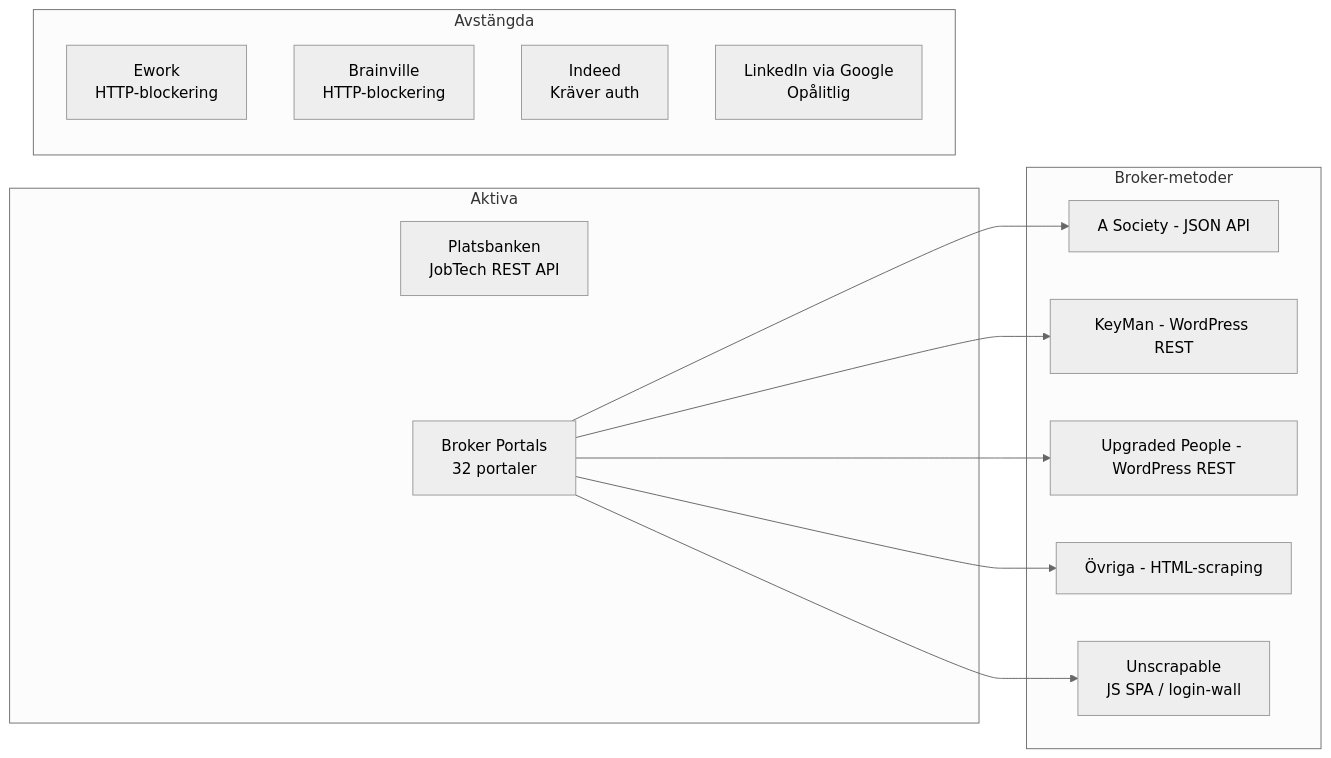
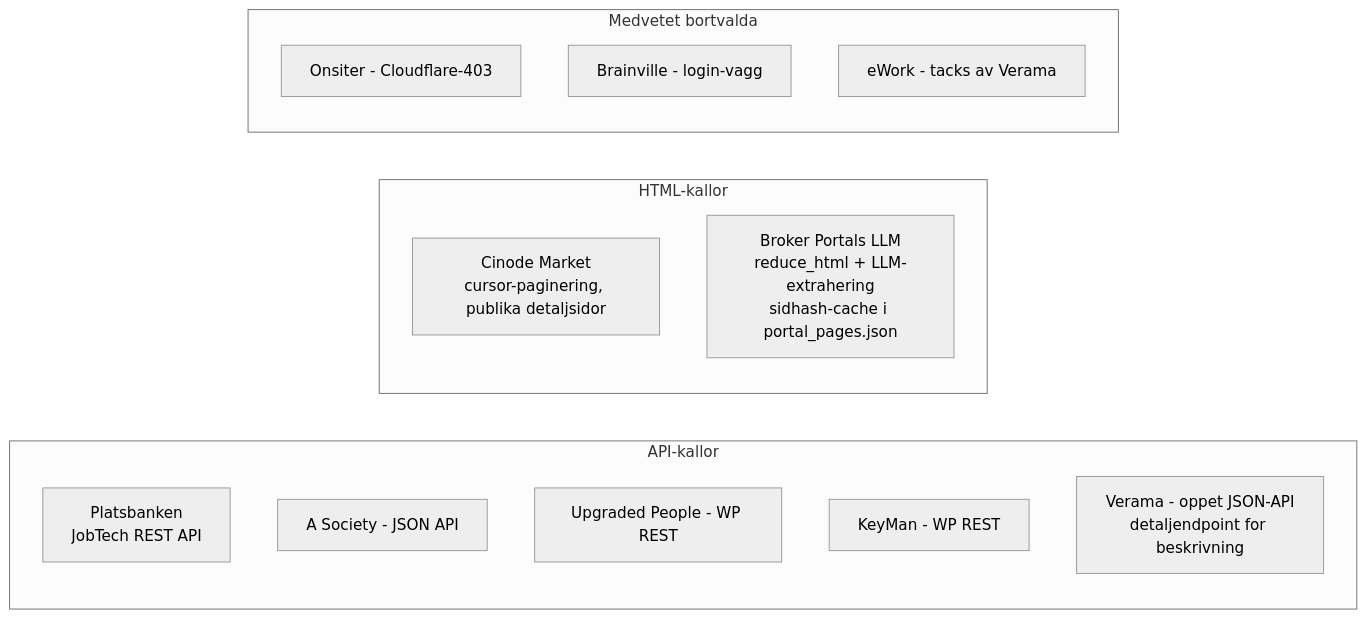
Before and after one commit to simon-stenkoll/frilansuppdrag: the second of 2 diagrams in README.md, drawn with Mermaid (neutral theme). The commit also changed other lines of this file, not shown here.

````diff
--- a/README.md
+++ b/README.md
@@ -78,28 +70,21 @@
 ```mermaid
 flowchart LR
-    subgraph Aktiva["Aktiva"]
+    subgraph API["API-kallor"]
         PB["Platsbanken<br/>JobTech REST API"]
-        BP["Broker Portals<br/>32 portaler"]
+        AS["A Society - JSON API"]
+        UP["Upgraded People - WP REST"]
+        KM["KeyMan - WP REST"]
+        VR["Verama - oppet JSON-API<br/>detaljendpoint for beskrivning"]
     end
 
-    subgraph Avstangda["Avstängda"]
-        EW["Ework<br/>HTTP-blockering"]
-        BV["Brainville<br/>HTTP-blockering"]
-        IN["Indeed<br/>Kräver auth"]
-        LI["LinkedIn via Google<br/>Opålitlig"]
+    subgraph HTML["HTML-kallor"]
+        CM["Cinode Market<br/>cursor-paginering, publika detaljsidor"]
+        PL["Broker Portals LLM<br/>reduce_html + LLM-extrahering<br/>sidhash-cache i portal_pages.json"]
     end
 
-    subgraph BrokerMetoder["Broker-metoder"]
-        API1["A Society - JSON API"]
-        API2["KeyMan - WordPress REST"]
-        API3["Upgraded People - WordPress REST"]
-        HTML["Övriga - HTML-scraping"]
-        SKIP["Unscrapable<br/>JS SPA / login-wall"]
+    subgraph Avstangda["Medvetet bortvalda"]
+        ON["Onsiter - Cloudflare-403"]
+        BV["Brainville - login-vagg"]
+        EW["eWork - tacks av Verama"]
     end
-
-    BP --> API1
-    BP --> API2
-    BP --> API3
-    BP --> HTML
-    BP --> SKIP
 ```
````
